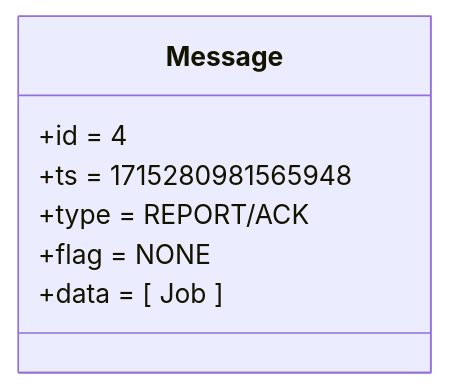
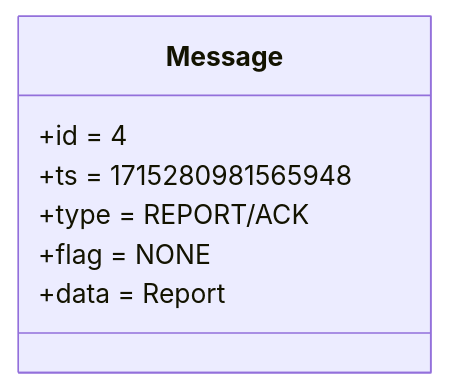
Before and after one commit to duclos-cavalcanti/TreeBuilder: the third of 3 diagrams in docs/slidev/slides/Classes.md, drawn with Mermaid. The commit also changed other lines of this file and 12 other files, not shown here.

````diff
--- a/docs/slidev/slides/Classes.md
+++ b/docs/slidev/slides/Classes.md
@@ -103,11 +86,11 @@
 ```mermaid
 classDiagram
     class Message{
             +id   = 4
             +ts   = 1715280981565948
             +type = REPORT/ACK
             +flag = NONE
-            +data = [ Job ]
+            +data = Report
     }
     %% style Message fill:#0070C0,color:#fff
 ```
````
